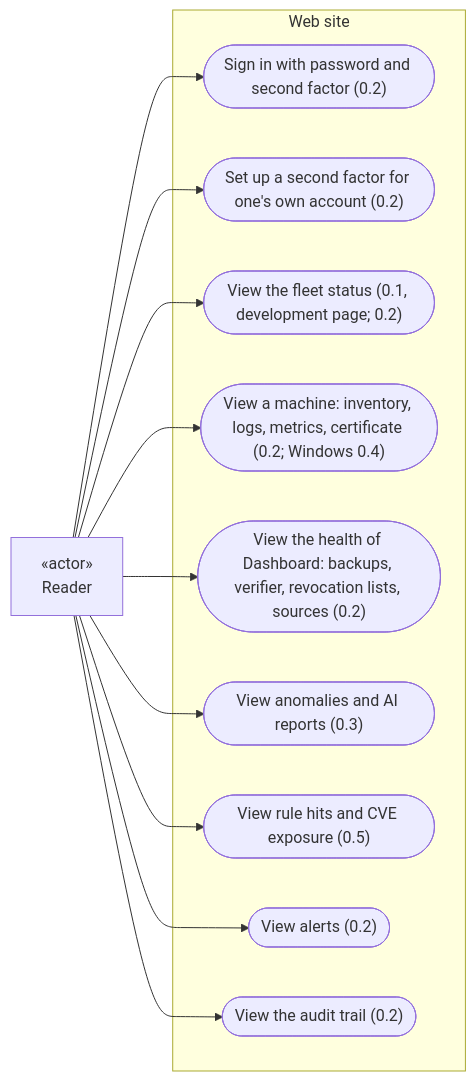
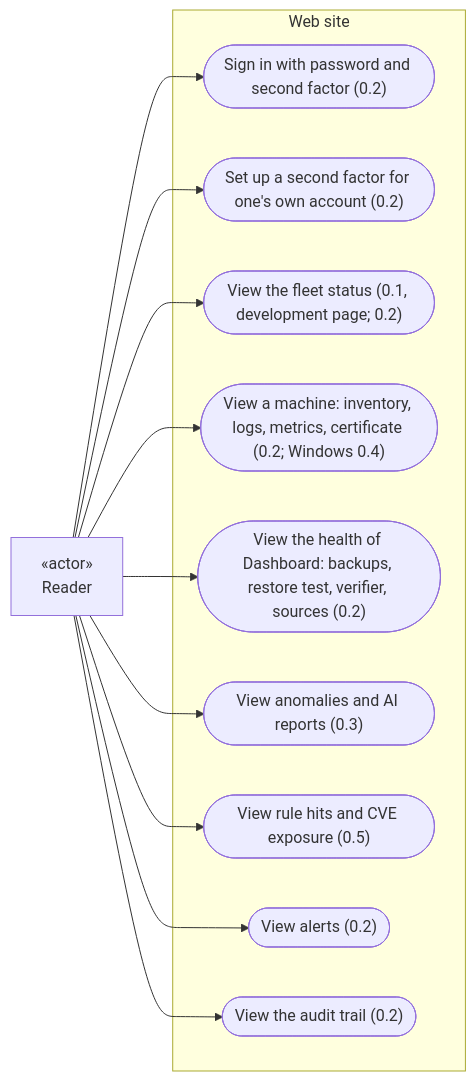
The first of 6 diagrams in doc/analyse/uml/v1/use-cases.md (micdef/Dashboard), drawn with Mermaid before and after one commit. The commit also changed other lines of this file, not shown here.

````diff
--- a/doc/analyse/uml/v1/use-cases.md
+++ b/doc/analyse/uml/v1/use-cases.md
@@ -33,26 +33,26 @@
 ```mermaid
 flowchart LR
     Reader["«actor»<br/>Reader"]
 
     subgraph Site ["Web site"]
         SignIn(["Sign in with password and second factor (0.2)"])
         OwnFactor(["Set up a second factor for one's own account (0.2)"])
         Fleet(["View the fleet status (0.1, development page; 0.2)"])
         Machine(["View a machine: inventory, logs, metrics, certificate (0.2; Windows 0.4)"])
-        Health(["View the health of Dashboard: backups, verifier, revocation lists, sources (0.2)"])
+        Health(["View the health of Dashboard: backups, restore test, verifier, sources (0.2)"])
         AiReport(["View anomalies and AI reports (0.3)"])
         RulesCve(["View rule hits and CVE exposure (0.5)"])
         Alerts(["View alerts (0.2)"])
         Audit(["View the audit trail (0.2)"])
     end
 
     Reader --> SignIn
     Reader --> OwnFactor
     Reader --> Fleet
     Reader --> Machine
     Reader --> Health
     Reader --> AiReport
     Reader --> RulesCve
     Reader --> Alerts
     Reader --> Audit
 ```
````
